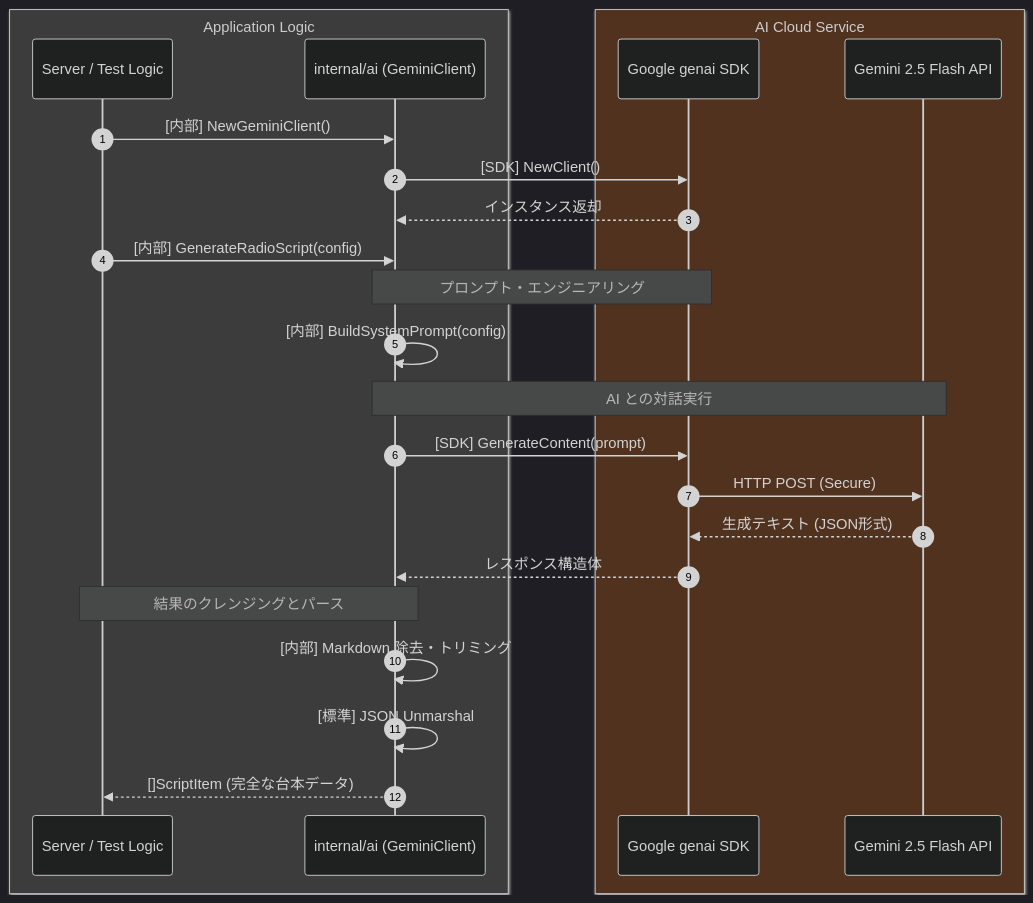
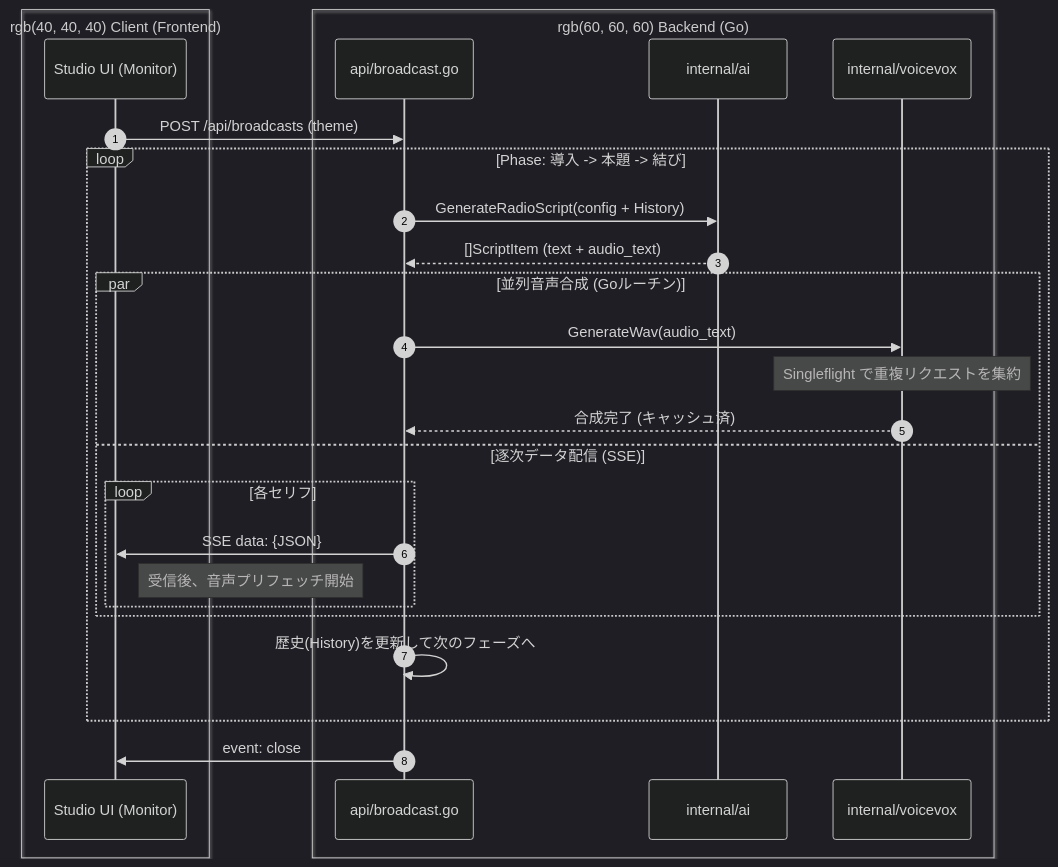
Before and after one commit to yuma25/AI-Radio-Room: the second of 4 diagrams in docs/system_flow.md, drawn with Mermaid. The commit also changed other lines of this file, not shown here.

Commit message:
docs: update system flow diagrams to reflect multi-turn and studio monitor UI

````diff
--- a/docs/system_flow.md
+++ b/docs/system_flow.md
@@ -49,35 +49,37 @@
 ```mermaid
 %%{init: {'theme': 'dark', 'themeVariables': { 'primaryColor': '#333', 'primaryTextColor': '#fff', 'primaryBorderColor': '#777', 'lineColor': '#aaa', 'secondaryColor': '#444', 'tertiaryColor': '#222'}}}%%
 sequenceDiagram
     autonumber
 
-    box rgb(60, 60, 60) Application Logic
-        participant App as Server / Test Logic
-        participant AI as internal/ai (GeminiClient)
+    box rgb(40, 40, 40) Client (Frontend)
+        participant UI as Studio UI (Monitor)
     end
 
-    box rgb(80, 50, 30) AI Cloud Service
-        participant SDK as Google genai SDK
-        participant API as Gemini 2.5 Flash API
+    box rgb(60, 60, 60) Backend (Go)
+        participant Handler as api/broadcast.go
+        participant AI as internal/ai
+        participant VV as internal/voicevox
     end
 
-    App->>AI: [内部] NewGeminiClient()
-    AI->>SDK: [SDK] NewClient()
-    SDK-->>AI: インスタンス返却
+    UI->>Handler: POST /api/broadcasts (theme)
+    
+    loop Phase: 導入 -> 本題 -> 結び
+        Handler->>AI: GenerateRadioScript(config + History)
+        AI-->>Handler: []ScriptItem (text + audio_text)
+        
+        par 並列音声合成 (Goルーチン)
+            Handler->>VV: GenerateWav(audio_text)
+            Note over VV: Singleflight で重複リクエストを集約
+            VV-->>Handler: 合成完了 (キャッシュ済)
+        and 逐次データ配信 (SSE)
+            loop 各セリフ
+                Handler->>UI: SSE data: {JSON}
+                Note right of UI: 受信後、音声プリフェッチ開始
+            end
+        end
+        
+        Handler->>Handler: 歴史(History)を更新して次のフェーズへ
+    end
 
-    App->>AI: [内部] GenerateRadioScript(config)
-    
-    Note over AI, SDK: プロンプト・エンジニアリング
-    AI->>AI: [内部] BuildSystemPrompt(config)
-    
-    Note over AI, API: AI との対話実行
-    AI->>SDK: [SDK] GenerateContent(prompt)
-    SDK->>API: HTTP POST (Secure)
-    API-->>SDK: 生成テキスト (JSON形式)
-    SDK-->>AI: レスポンス構造体
-    
-    Note over AI, App: 結果のクレンジングとパース
-    AI->>AI: [内部] Markdown 除去・トリミング
-    AI->>AI: [標準] JSON Unmarshal
-    AI-->>App: []ScriptItem (完全な台本データ)
+    Handler->>UI: event: close
 ```
````
